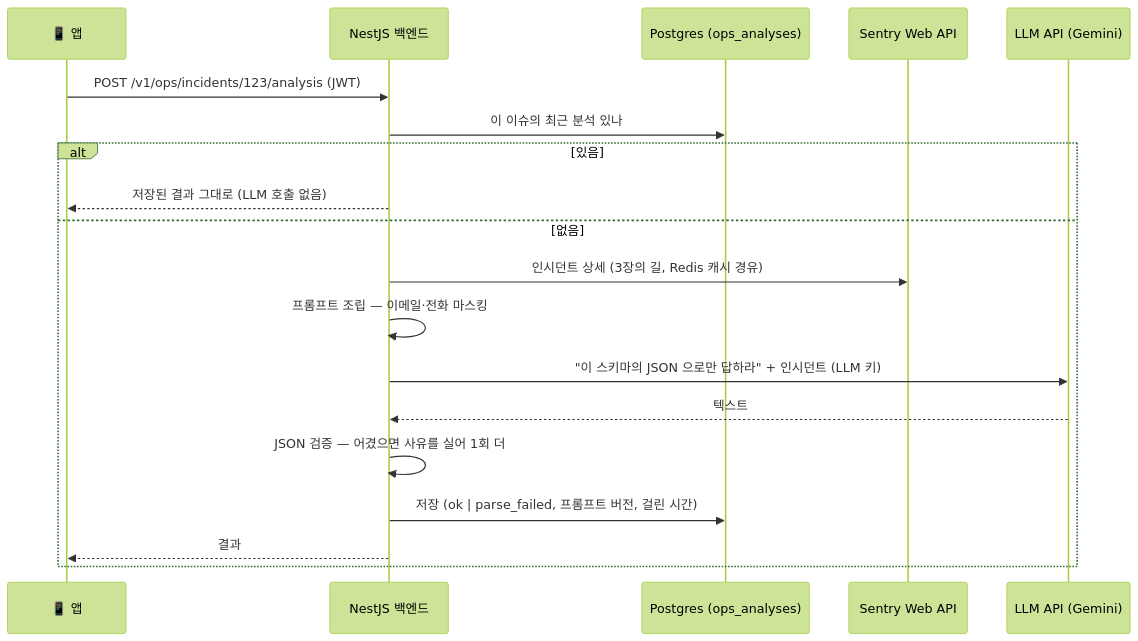
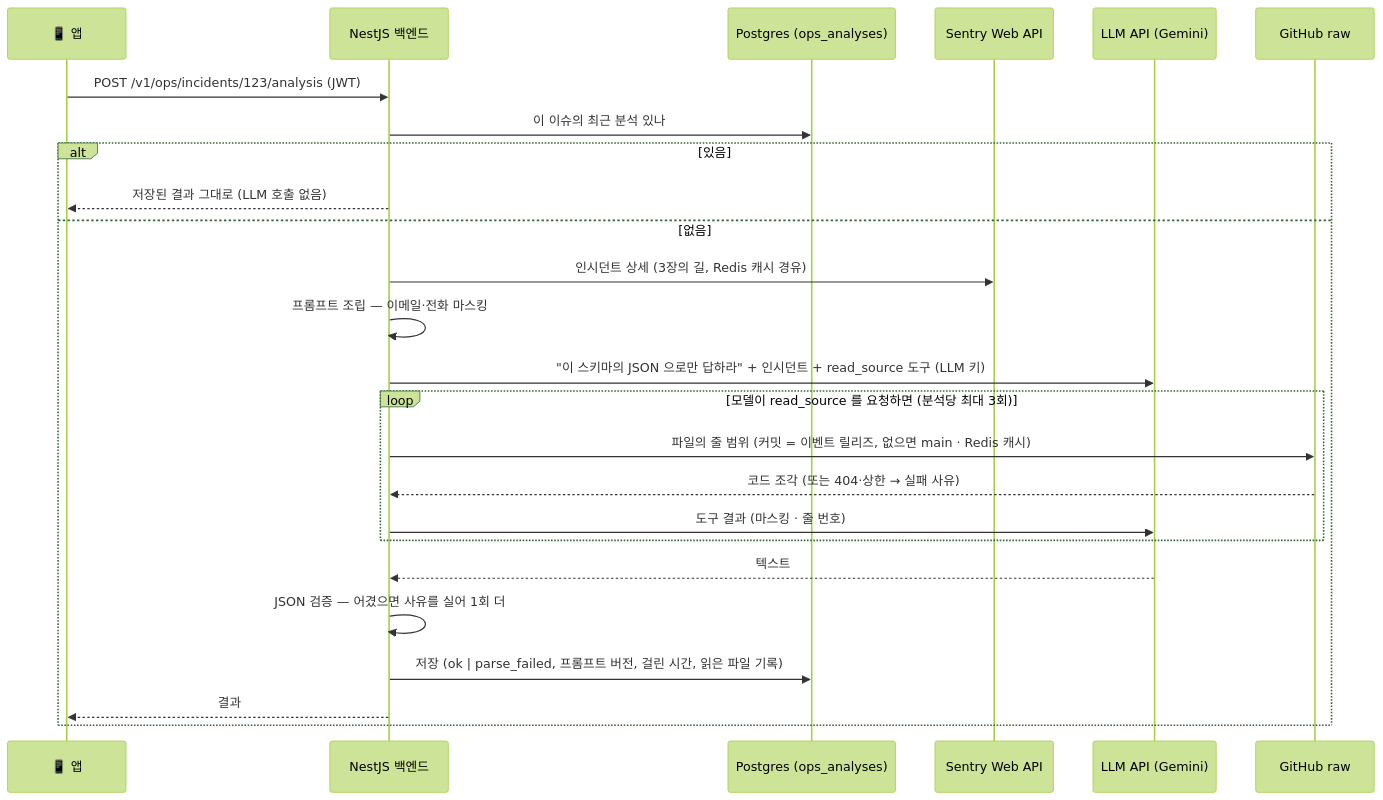
The fourth of 6 diagrams in docs/learning/ops-companion/infra-story.md (ansm0403/E-commerce_shopping_mall), drawn with Mermaid (forest theme) before and after one commit. The commit also changed other lines of this file and 34 other files, not shown here.

First line of the commit message:
feat(ops): Phase 5 — 소스 코드를 읽는 AI 분석 (read_source tool use) (#37)

````diff
--- a/docs/learning/ops-companion/infra-story.md
+++ b/docs/learning/ops-companion/infra-story.md
@@ -399,22 +401,28 @@
 ```mermaid
 sequenceDiagram
     participant App as 📱 앱
     participant API as NestJS 백엔드
     participant PG as Postgres (ops_analyses)
     participant Sentry as Sentry Web API
     participant LLM as LLM API (Gemini)
+    participant GH as GitHub raw
 
     App->>API: POST /v1/ops/incidents/123/analysis (JWT)
     API->>PG: 이 이슈의 최근 분석 있나
     alt 있음
         API-->>App: 저장된 결과 그대로 (LLM 호출 없음)
     else 없음
         API->>Sentry: 인시던트 상세 (3장의 길, Redis 캐시 경유)
         API->>API: 프롬프트 조립 — 이메일·전화 마스킹
-        API->>LLM: "이 스키마의 JSON 으로만 답하라" + 인시던트 (LLM 키)
+        API->>LLM: "이 스키마의 JSON 으로만 답하라" + 인시던트 + read_source 도구 (LLM 키)
+        loop 모델이 read_source 를 요청하면 (분석당 최대 3회)
+            API->>GH: 파일의 줄 범위 (커밋 = 이벤트 릴리즈, 없으면 main · Redis 캐시)
+            GH-->>API: 코드 조각 (또는 404·상한 → 실패 사유)
+            API->>LLM: 도구 결과 (마스킹 · 줄 번호)
+        end
         LLM-->>API: 텍스트
         API->>API: JSON 검증 — 어겼으면 사유를 실어 1회 더
-        API->>PG: 저장 (ok | parse_failed, 프롬프트 버전, 걸린 시간)
+        API->>PG: 저장 (ok | parse_failed, 프롬프트 버전, 걸린 시간, 읽은 파일 기록)
         API-->>App: 결과
     end
 ```
````
